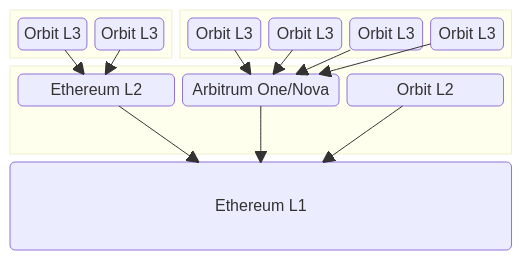
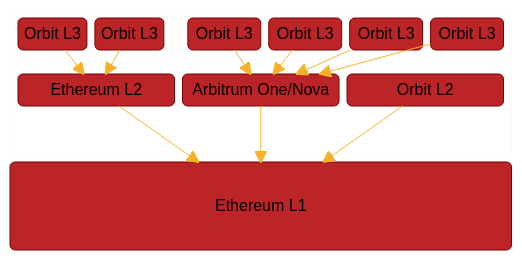
The second of 3 diagrams in arbitrum-docs/mermaid-examples.mdx (OffchainLabs/arbitrum-docs), drawn with Mermaid before and after one commit. The commit also changed other lines of this file, not shown here.

Commit message:
feat: added per-diagram config

````diff
--- a/arbitrum-docs/mermaid-examples.mdx
+++ b/arbitrum-docs/mermaid-examples.mdx
@@ -49,34 +56,44 @@
 ``` mermaid
----
-config:
-  layout: elk
-  look: neo
----
+
+%%{
+  init: {
+    'theme': 'base',
+    'themeVariables': {
+      'primaryColor': '#BB2528',
+      'primaryTextColor': '#fff',
+      'primaryBorderColor': '#7C0000',
+      'lineColor': '#F8B229',
+      'secondaryColor': '#006100',
+      'tertiaryColor': '#fff',
+      'rankSpacing': '150'
+    }
+  }
+}%%
 block-beta
   columns 6
   block:L3SettlingOnEthereumL2s:2
     1("Orbit L3"):1
     2("Orbit L3"):1 
     end
   block:L3SettlingOnArbitrumL2s:4
     3("Orbit L3"):1 
     4("Orbit L3"):1 
     5("Orbit L3"):1 
     6("Orbit L3"):1 
     end
   block:L2s:6
   ETHL2("Ethereum L2"):2
   ArbOneArbNov("Arbitrum One/Nova"):3
   OrbitL2("Orbit L2"):1
   end
   EthereumL1("Ethereum L1"):6
   1-->ETHL2
   2-->ETHL2
   3-->ArbOneArbNov
   4-->ArbOneArbNov
   5-->ArbOneArbNov
   6-->ArbOneArbNov
   ETHL2-->EthereumL1
   ArbOneArbNov-->EthereumL1
   OrbitL2-->EthereumL1
 ```
````
